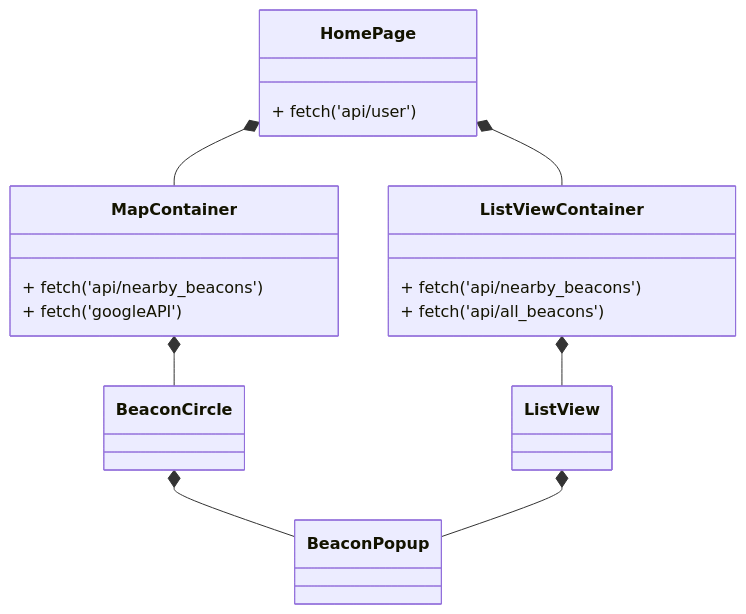
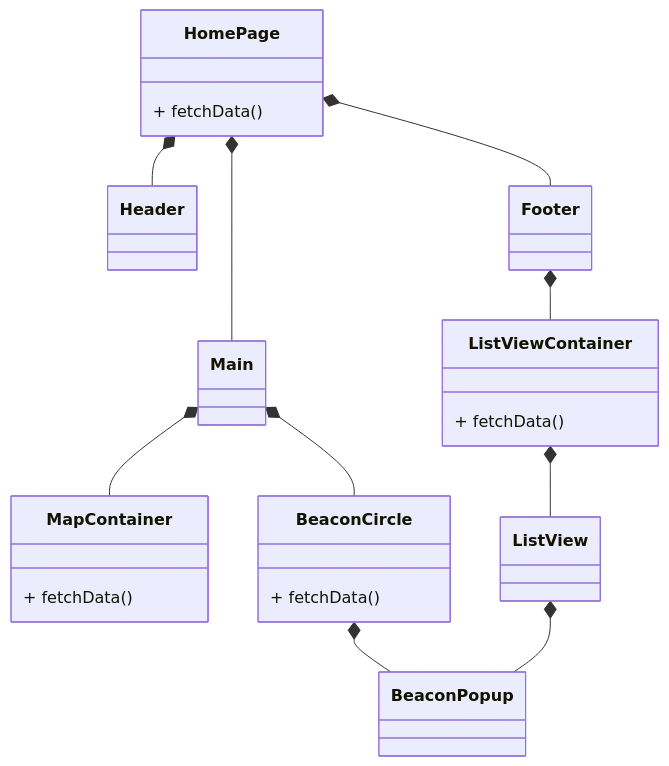
Before and after one commit to jenniferlieu/project-lomo-in-person-gaming-app: the second of 5 diagrams in documentation/docs/system-architecture/classdiagrams.md, drawn with Mermaid. The commit also changed other lines of this file, not shown here.

Commit message:
Add more components to the frontend class diagrams

````diff
--- a/documentation/docs/system-architecture/classdiagrams.md
+++ b/documentation/docs/system-architecture/classdiagrams.md
@@ -119,23 +116,24 @@
 ```mermaid
 classDiagram
-    HomePage *-- MapContainer
-    MapContainer *-- BeaconCircle
+    HomePage *-- Header
+    HomePage *-- Main
+    HomePage *-- Footer
+    Main *-- MapContainer
+    Main *-- BeaconCircle
     BeaconCircle *-- BeaconPopup
-    HomePage *-- ListViewContainer
+    Footer *-- ListViewContainer
     ListViewContainer *-- ListView
     ListView *-- BeaconPopup
-
     class HomePage{
-        + fetch('api/user')
+        + fetchData()
     }
-
     class MapContainer{
-        + fetch('api/nearby_beacons')
-        + fetch('googleAPI')
+        + fetchData()
     }
-
+    class BeaconCircle{
+        + fetchData()
+    }
     class ListViewContainer{
-        + fetch('api/nearby_beacons')
-        + fetch('api/all_beacons')
+        + fetchData()
     }
 ```
````
